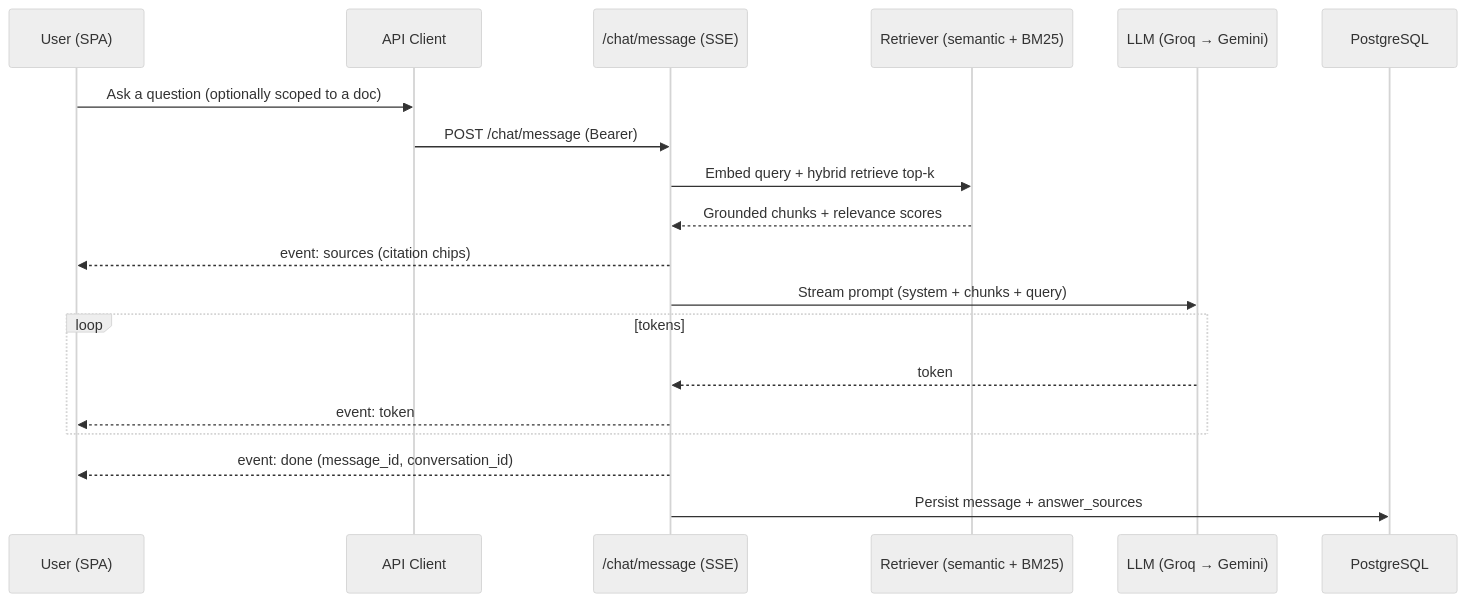
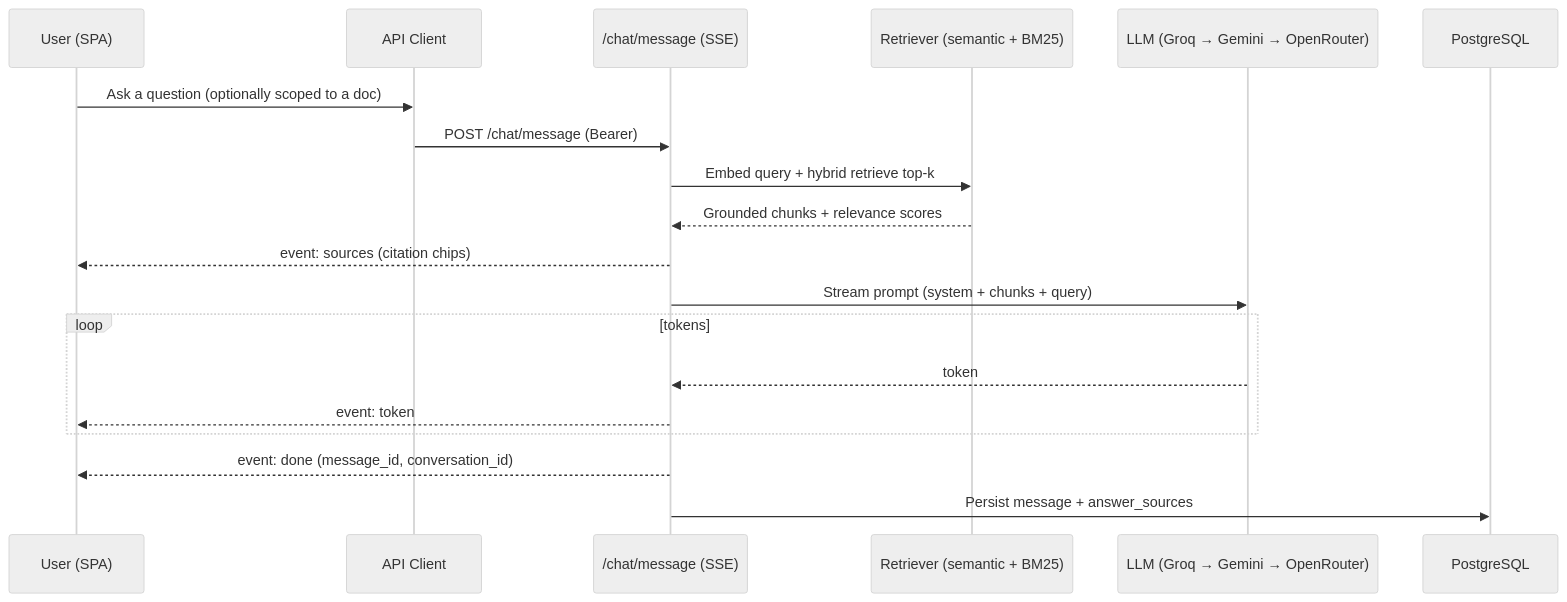
Before and after one commit to manav-2812/synapse: the third of 13 diagrams in README.md, drawn with Mermaid (neutral theme). The commit also changed other lines of this file, not shown here.

Commit message:
docs: add multi-provider fallback, CI/CD, eval, and auth sequence diagrams to README

````diff
--- a/README.md
+++ b/README.md
@@ -253,22 +254,22 @@
 ```mermaid
 sequenceDiagram
   participant U as User (SPA)
   participant C as API Client
   participant S as /chat/message (SSE)
   participant R as Retriever (semantic + BM25)
-  participant L as LLM (Groq → Gemini)
+  participant L as LLM (Groq → Gemini → OpenRouter)
   participant PG as PostgreSQL
 
   U->>C: Ask a question (optionally scoped to a doc)
   C->>S: POST /chat/message (Bearer)
   S->>R: Embed query + hybrid retrieve top-k
   R-->>S: Grounded chunks + relevance scores
   S-->>U: event: sources  (citation chips)
   S->>L: Stream prompt (system + chunks + query)
   loop tokens
     L-->>S: token
     S-->>U: event: token
   end
   S-->>U: event: done (message_id, conversation_id)
   S->>PG: Persist message + answer_sources
 ```
````
